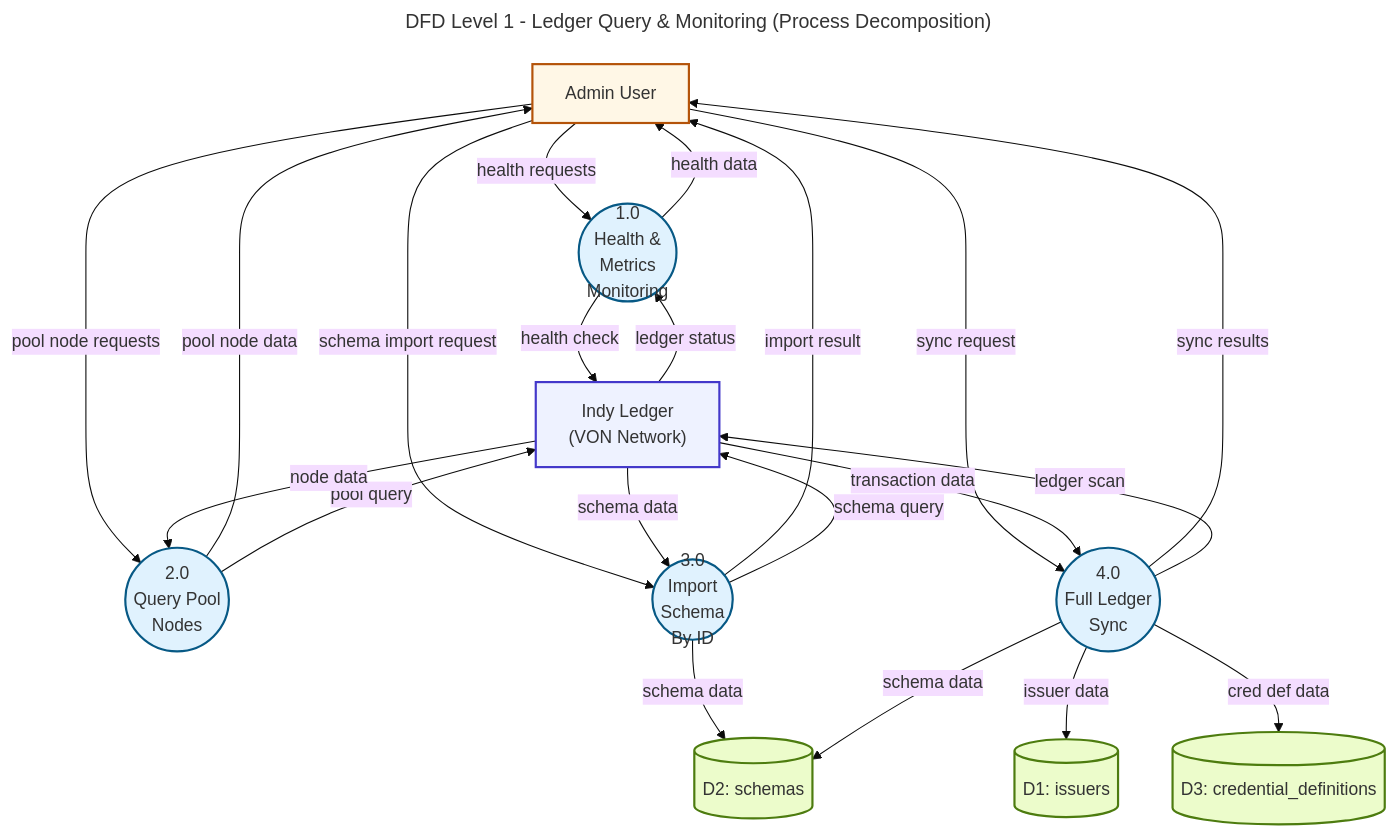
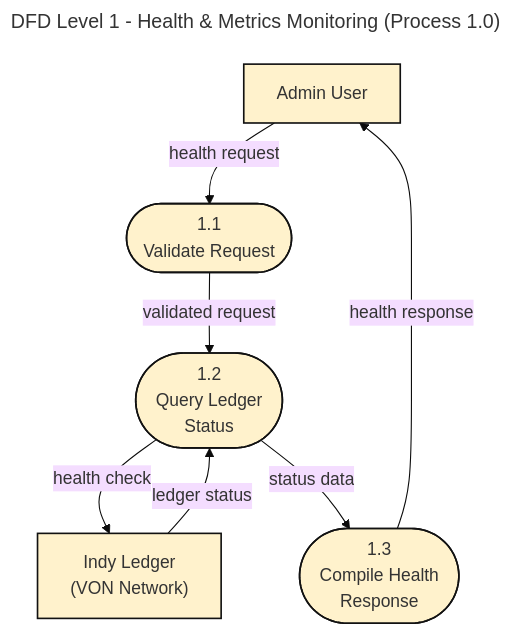
Before and after one commit to CHATEAUFORGE-LLC/QuantumZero: the diagram in diagrams/dfd-server-ledger-queries-L1.mmd, drawn with Mermaid. The commit also changed other lines of this file and 89 other files, not shown here.

Commit message:
further diagram enhancment to align with notation

```diff
--- a/diagrams/dfd-server-ledger-queries-L1.mmd
+++ b/diagrams/dfd-server-ledger-queries-L1.mmd
@@ -1,57 +1,26 @@
 ---
-title: DFD Level 1 - Ledger Query & Monitoring (Process Decomposition)
+title: DFD Level 1 - Health & Metrics Monitoring (Process 1.0)
 config:
   theme: base
 ---
-%% QuantumZero DFD palette: actors/external=#fff7e6/#b45309, process=#e0f2fe/#075985, datastore=#ecfccb/#4d7c0f
-%% Level 1: Decomposes main system into major processes with data stores
+%% DFD (Gane-Sarson) notation aligned to sample.
+%% Level 1: Decomposes Process 1.0 (Health & Metrics Monitoring).
 flowchart TB
-    %% QuantumZero UML/DFD palette (standardized)
-    classDef actor fill:#fff7e6,stroke:#b45309,stroke-width:2px
-    classDef process fill:#e0f2fe,stroke:#075985,stroke-width:2px
-    classDef datastore fill:#ecfccb,stroke:#4d7c0f,stroke-width:2px
-    classDef external fill:#eef2ff,stroke:#4338ca,stroke-width:2px
+    classDef external fill:#fff2cc,stroke:#111111,stroke-width:1.5px
+    classDef process fill:#fff2cc,stroke:#111111,stroke-width:1.5px
 
-    %% External entities
-    Admin["Admin User"]:::actor
-    Ledger["Indy Ledger<br/>(VON Network)"]:::external
+    Admin["Admin User"]:::external
+    Ledger["Indy Ledger<br>(VON Network)"]:::external
 
-    %% Level 1 Processes (numbered)
-    P1(("1.0<br/>Health &<br/>Metrics<br/>Monitoring")):::process
-    P2(("2.0<br/>Query Pool<br/>Nodes")):::process
-    P3(("3.0<br/>Import<br/>Schema<br/>By ID")):::process
-    P4(("4.0<br/>Full Ledger<br/>Sync")):::process
+    P11(["1.1<br>Validate Request"]):::process
+    P12(["1.2<br>Query Ledger<br>Status"]):::process
+    P13(["1.3<br>Compile Health<br>Response"]):::process
 
-    %% Data stores (PostgreSQL - double lines for database)
-    D1[("D1: issuers")]:::datastore
-    D2[("D2: schemas")]:::datastore
-    D3[("D3: credential_definitions")]:::datastore
+    Admin -->|"health request"| P11
+    P11 -->|"validated request"| P12
 
-    %% Data Flows - Admin to Processes
-    Admin -->|"health requests"| P1
-    Admin -->|"pool node requests"| P2
-    Admin -->|"schema import request"| P3
-    Admin -->|"sync request"| P4
-    
-    %% Processes to Admin (responses)
-    P1 -->|"health data"| Admin
-    P2 -->|"pool node data"| Admin
-    P3 -->|"import result"| Admin
-    P4 -->|"sync results"| Admin
+    P12 -->|"health check"| Ledger
+    Ledger -->|"ledger status"| P12
 
-    %% Process interactions with Ledger
-    P1 -->|"health check"| Ledger
-    Ledger -->|"ledger status"| P1
-
-    P2 -->|"pool query"| Ledger
-    Ledger -->|"node data"| P2
-
-    P3 -->|"schema query"| Ledger
-    Ledger -->|"schema data"| P3
-    P3 -->|"schema data"| D2
-
-    P4 -->|"ledger scan"| Ledger
-    Ledger -->|"transaction data"| P4
-    P4 -->|"issuer data"| D1
-    P4 -->|"schema data"| D2
-    P4 -->|"cred def data"| D3
+    P12 -->|"status data"| P13
+    P13 -->|"health response"| Admin
```
